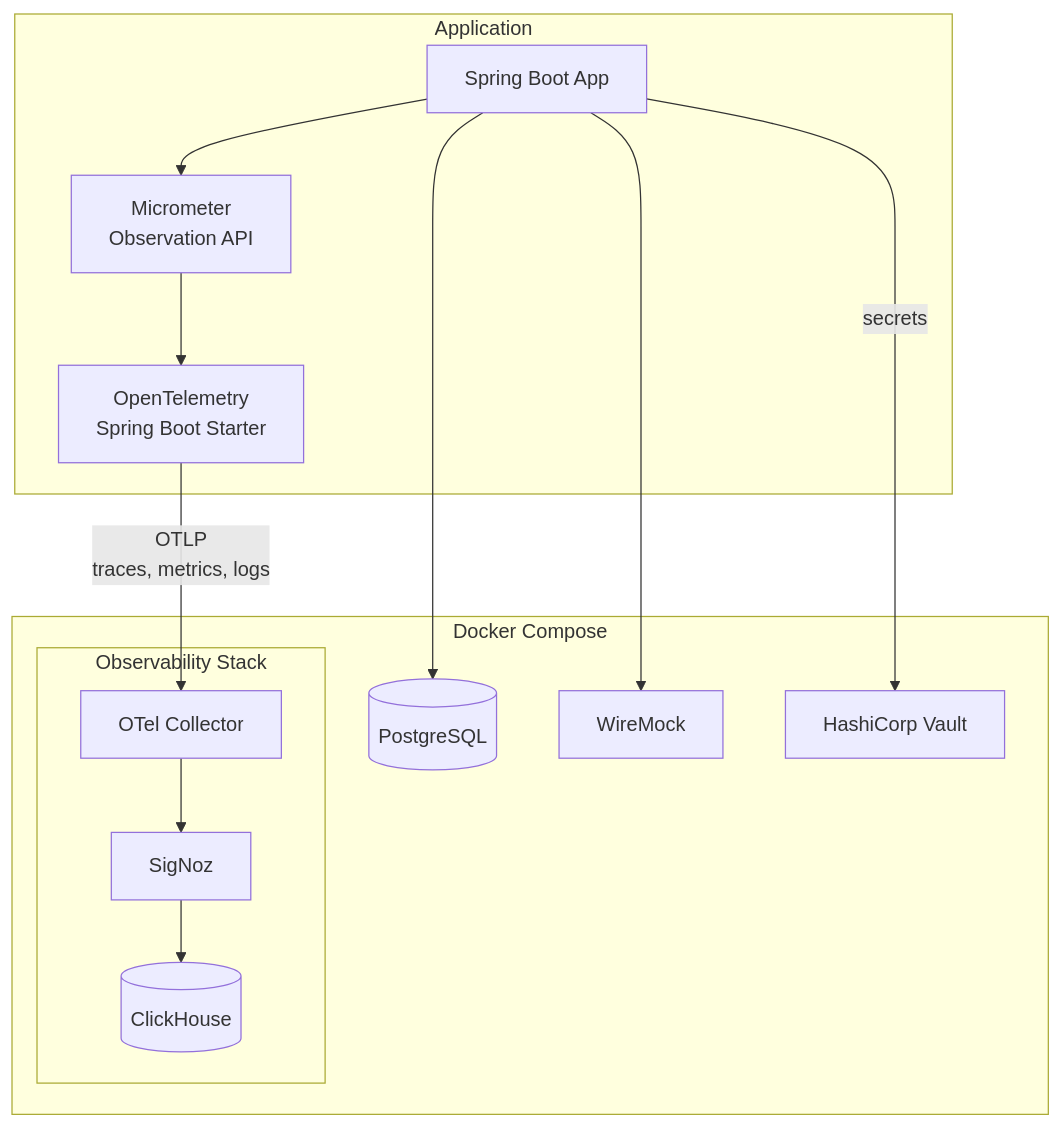
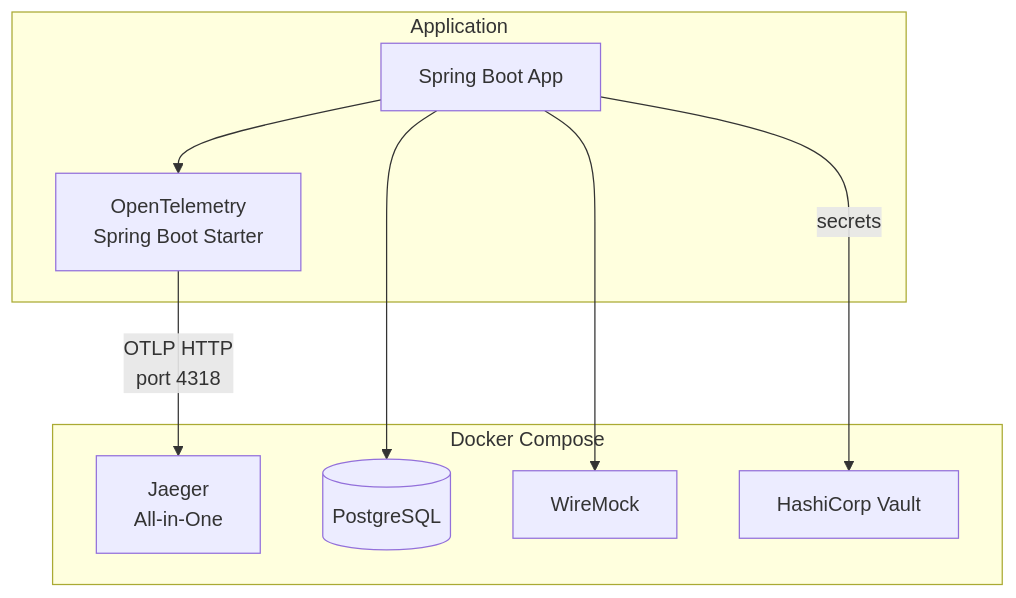
One commit to cebartling/spring-boot-spikes changed the diagram in saga-pattern-spike/docs/implementation-plans/INFRA-004-observability-integration.md. Above: the diagram before and after it, drawn with Mermaid. The commit also changed other lines of this file and 11 other files, not shown here.

````diff
--- a/saga-pattern-spike/docs/implementation-plans/INFRA-004-observability-integration.md
+++ b/saga-pattern-spike/docs/implementation-plans/INFRA-004-observability-integration.md
@@ -54,30 +28,21 @@
 ```mermaid
 flowchart TB
     subgraph Docker Compose
-        subgraph Observability Stack
-            SZ[SigNoz]
-            CH[(ClickHouse)]
-            OTEL[OTel Collector]
-        end
-
+        JAEGER[Jaeger<br/>All-in-One]
         PG[(PostgreSQL)]
         WM[WireMock]
         V[HashiCorp Vault]
     end
 
     subgraph Application
         APP[Spring Boot App]
-        MICROMETER[Micrometer<br/>Observation API]
-        OTELSTARTER[OpenTelemetry<br/>Spring Boot Starter]
+        OTEL[OpenTelemetry<br/>Spring Boot Starter]
     end
 
-    APP --> MICROMETER
-    MICROMETER --> OTELSTARTER
-    OTELSTARTER -->|OTLP<br/>traces, metrics, logs| OTEL
-    OTEL --> SZ
-    SZ --> CH
+    APP --> OTEL
+    OTEL -->|OTLP HTTP<br/>port 4318| JAEGER
 
     APP --> PG
     APP --> WM
     APP -->|secrets| V
 ```
````
